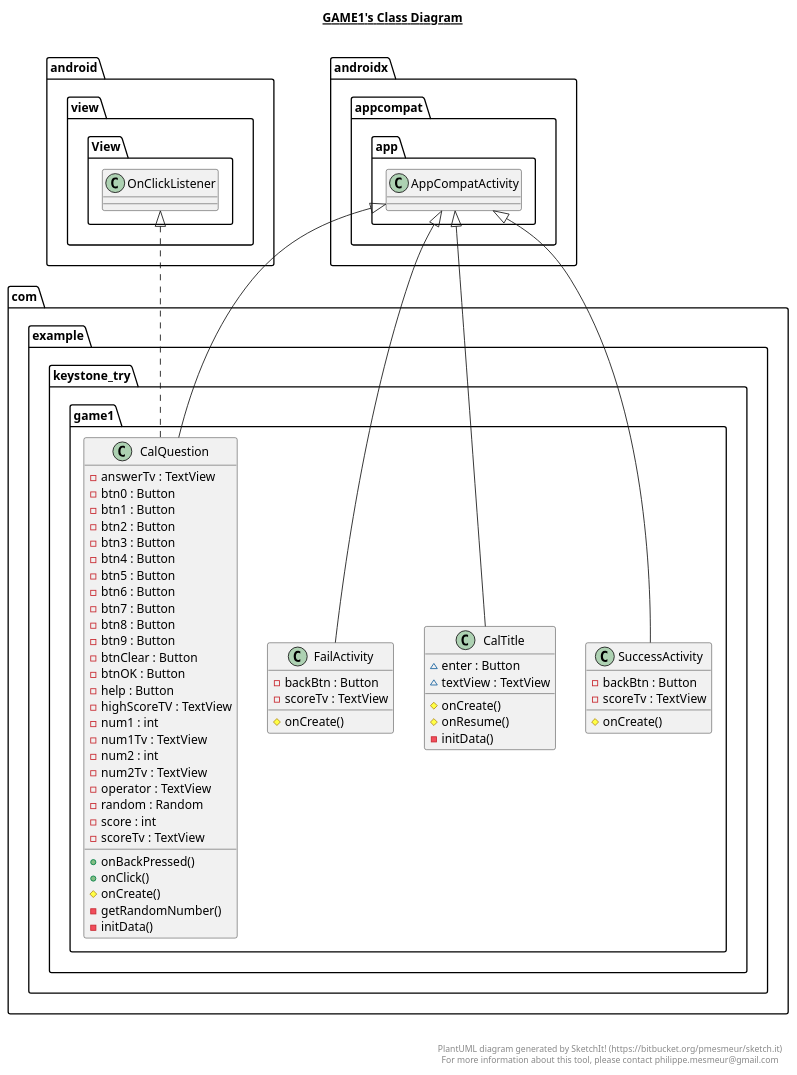
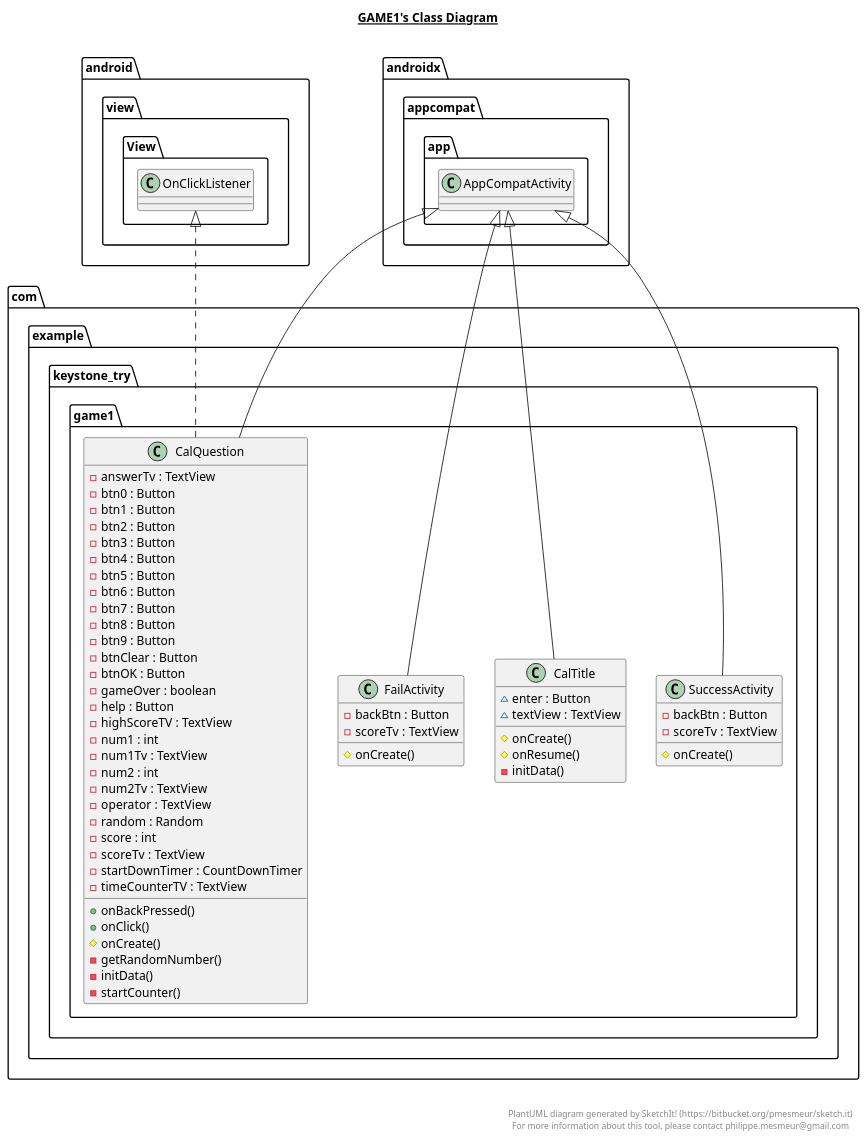
Before and after one commit to BohanShi/keystone_try: the diagram in app/src/main/java/com/example/keystone_try/game1/game1.plantuml, drawn with PlantUML. The commit also changed 22 other files, not shown here.

```diff
--- a/app/src/main/java/com/example/keystone_try/game1/game1.plantuml
+++ b/app/src/main/java/com/example/keystone_try/game1/game1.plantuml
@@ -1,90 +1,94 @@
 @startuml
 
 title __GAME1's Class Diagram__\n
 
   namespace com.example.keystone_try {
     namespace game1 {
       class com.example.keystone_try.game1.CalQuestion {
           - answerTv : TextView
           - btn0 : Button
           - btn1 : Button
           - btn2 : Button
           - btn3 : Button
           - btn4 : Button
           - btn5 : Button
           - btn6 : Button
           - btn7 : Button
           - btn8 : Button
           - btn9 : Button
           - btnClear : Button
           - btnOK : Button
+          - gameOver : boolean
           - help : Button
           - highScoreTV : TextView
           - num1 : int
           - num1Tv : TextView
           - num2 : int
           - num2Tv : TextView
           - operator : TextView
           - random : Random
           - score : int
           - scoreTv : TextView
+          - startDownTimer : CountDownTimer
+          - timeCounterTV : TextView
           + onBackPressed()
           + onClick()
           # onCreate()
           - getRandomNumber()
           - initData()
+          - startCounter()
       }
     }
   }
   
 
   namespace com.example.keystone_try {
     namespace game1 {
       class com.example.keystone_try.game1.CalTitle {
           ~ enter : Button
           ~ textView : TextView
           # onCreate()
           # onResume()
           - initData()
       }
     }
   }
   
 
   namespace com.example.keystone_try {
     namespace game1 {
       class com.example.keystone_try.game1.FailActivity {
           - backBtn : Button
           - scoreTv : TextView
           # onCreate()
       }
     }
   }
   
 
   namespace com.example.keystone_try {
     namespace game1 {
       class com.example.keystone_try.game1.SuccessActivity {
           - backBtn : Button
           - scoreTv : TextView
           # onCreate()
       }
     }
   }
   
 
   com.example.keystone_try.game1.CalQuestion .up.|> android.view.View.OnClickListener
   com.example.keystone_try.game1.CalQuestion -up-|> androidx.appcompat.app.AppCompatActivity
   com.example.keystone_try.game1.CalTitle -up-|> androidx.appcompat.app.AppCompatActivity
   com.example.keystone_try.game1.FailActivity -up-|> androidx.appcompat.app.AppCompatActivity
   com.example.keystone_try.game1.SuccessActivity -up-|> androidx.appcompat.app.AppCompatActivity
 
 
 right footer
 
 
 PlantUML diagram generated by SketchIt! (https://bitbucket.org/pmesmeur/sketch.it)
 For more information about this tool, please contact philippe.mesmeur@gmail.com
 endfooter
 
 @enduml
```
